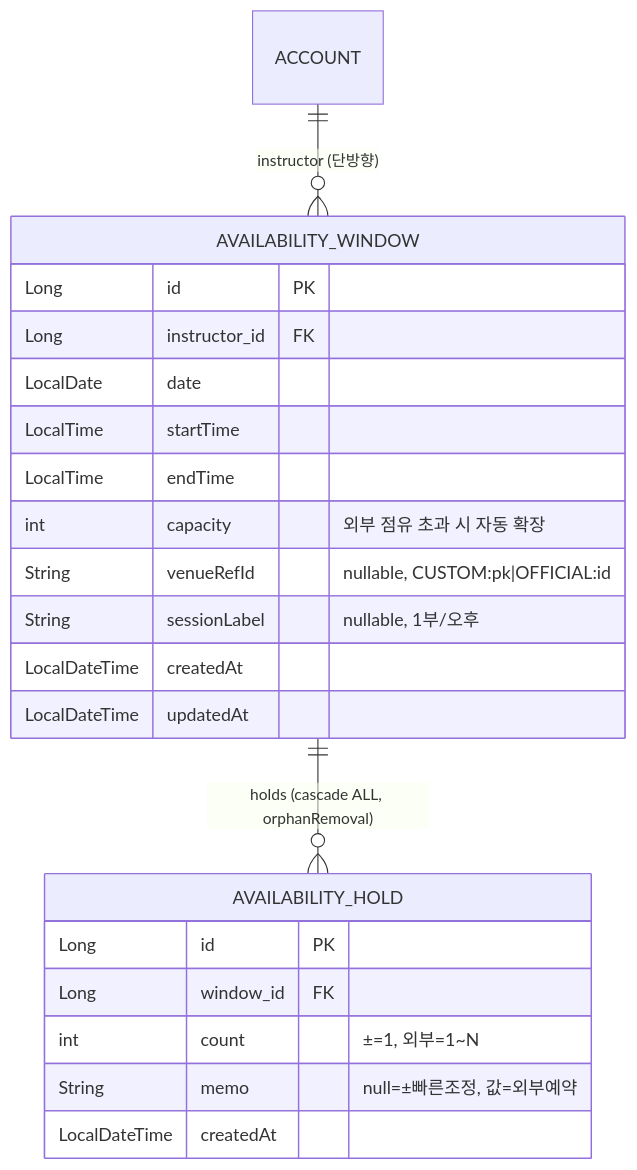
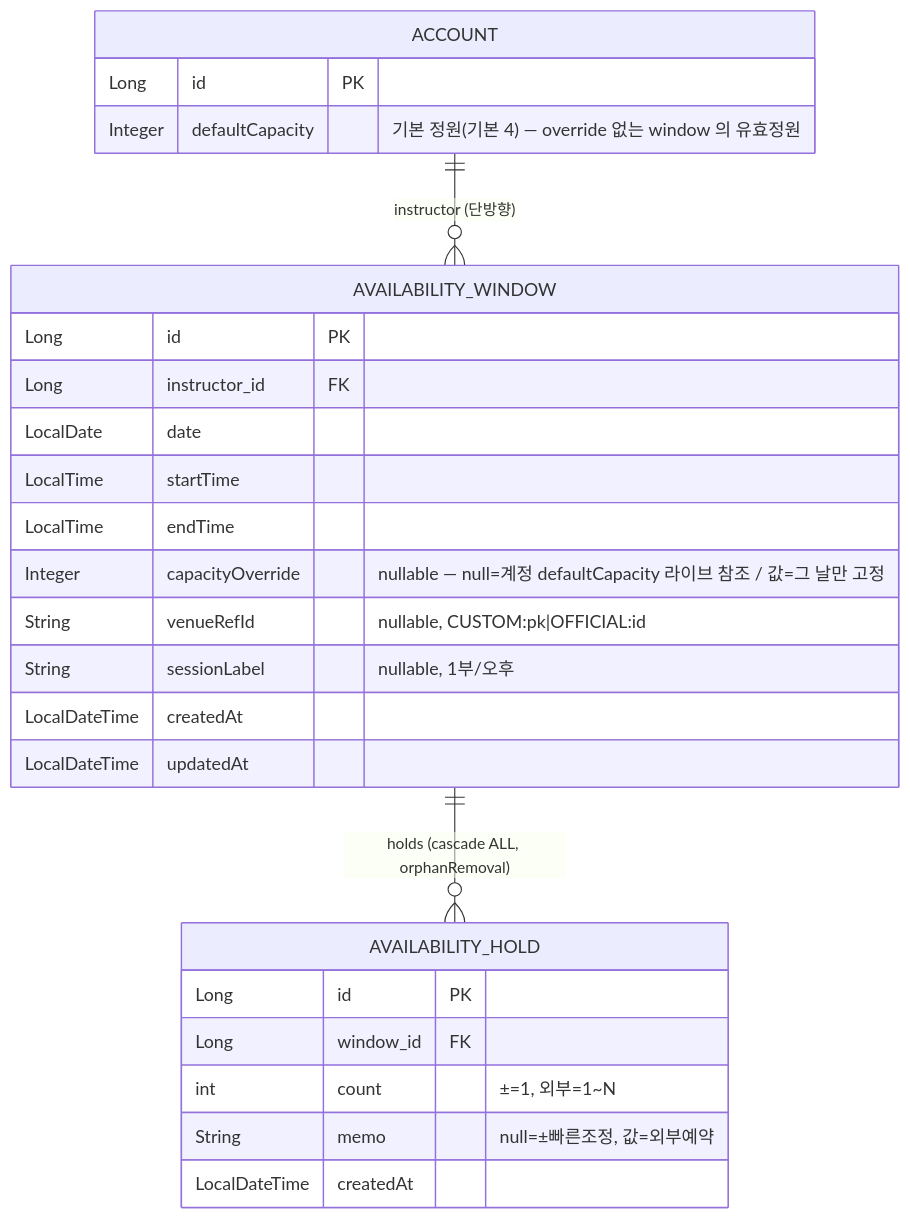
Before and after one commit to pungdong/Pungdong-Backend: the fifth of 5 diagrams in docs/architecture/availability.md, drawn with Mermaid. The commit also changed other lines of this file and 17 other files, not shown here.

First line of the commit message:
Feat: 정원 모델 — 계정 기본값(defaultCapacity) 종속 + 일정 sparse override(라이브 참조)

````diff
--- a/docs/architecture/availability.md
+++ b/docs/architecture/availability.md
@@ -78,25 +101,29 @@
 ```mermaid
 erDiagram
   ACCOUNT ||--o{ AVAILABILITY_WINDOW : "instructor (단방향)"
   AVAILABILITY_WINDOW ||--o{ AVAILABILITY_HOLD : "holds (cascade ALL, orphanRemoval)"
 
+  ACCOUNT {
+    Long id PK
+    Integer defaultCapacity "기본 정원(기본 4) — override 없는 window 의 유효정원"
+  }
   AVAILABILITY_WINDOW {
     Long id PK
     Long instructor_id FK
     LocalDate date
     LocalTime startTime
     LocalTime endTime
-    int capacity "외부 점유 초과 시 자동 확장"
+    Integer capacityOverride "nullable — null=계정 defaultCapacity 라이브 참조 / 값=그 날만 고정"
     String venueRefId "nullable, CUSTOM:pk|OFFICIAL:id"
     String sessionLabel "nullable, 1부/오후"
     LocalDateTime createdAt
     LocalDateTime updatedAt
   }
   AVAILABILITY_HOLD {
     Long id PK
     Long window_id FK
     int count "±=1, 외부=1~N"
     String memo "null=±빠른조정, 값=외부예약"
     LocalDateTime createdAt
   }
 ```
````
